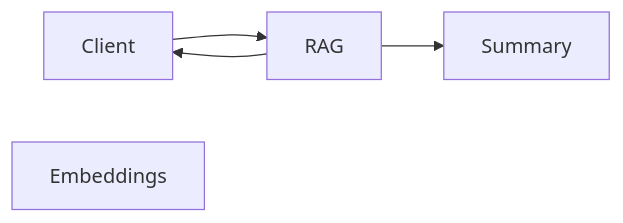
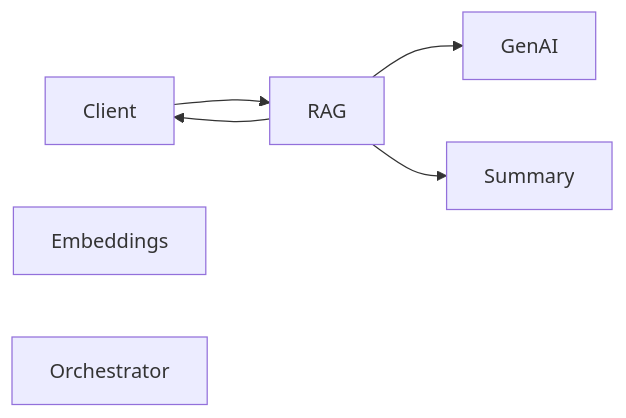
Before and after one commit to ai-backend-course/.github: the diagram in profile/README.md, drawn with Mermaid. The commit also changed other lines of this file, not shown here.

````diff
--- a/profile/README.md
+++ b/profile/README.md
@@ -14,11 +20,11 @@
 ```mermaid
 flowchart LR
 
     Client --> RAG
+    RAG --> GenAI
     RAG --> Summary
     RAG --> Client
 
     Embeddings
-
-
+    Orchestrator
 ```
````
